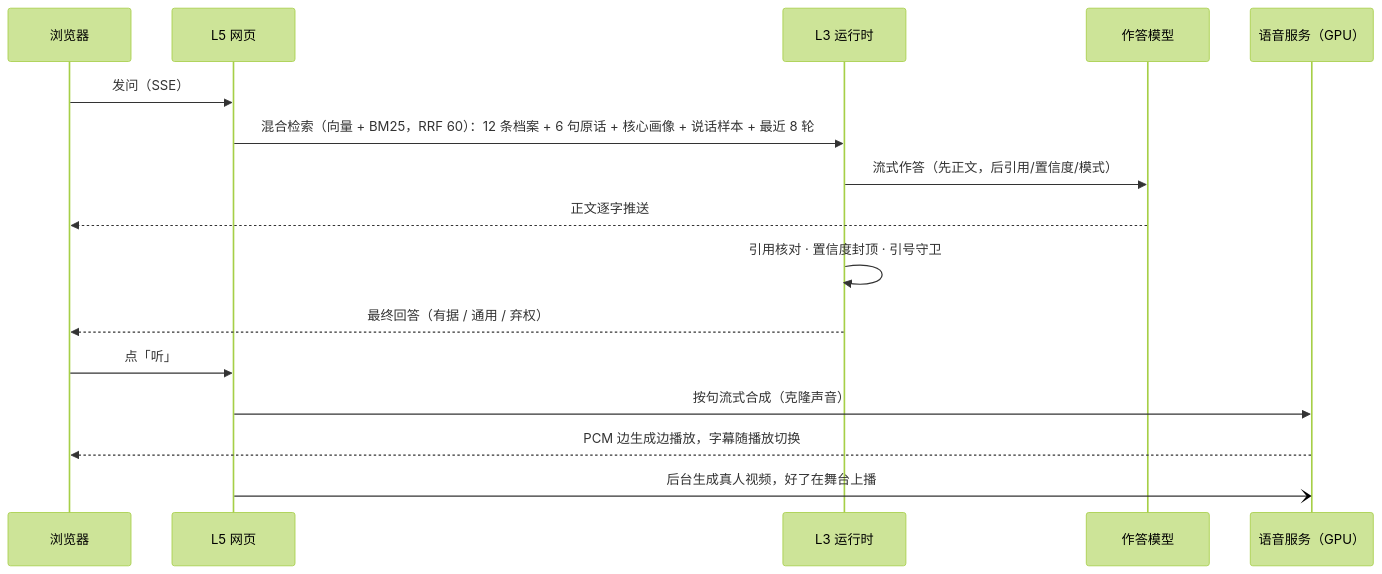
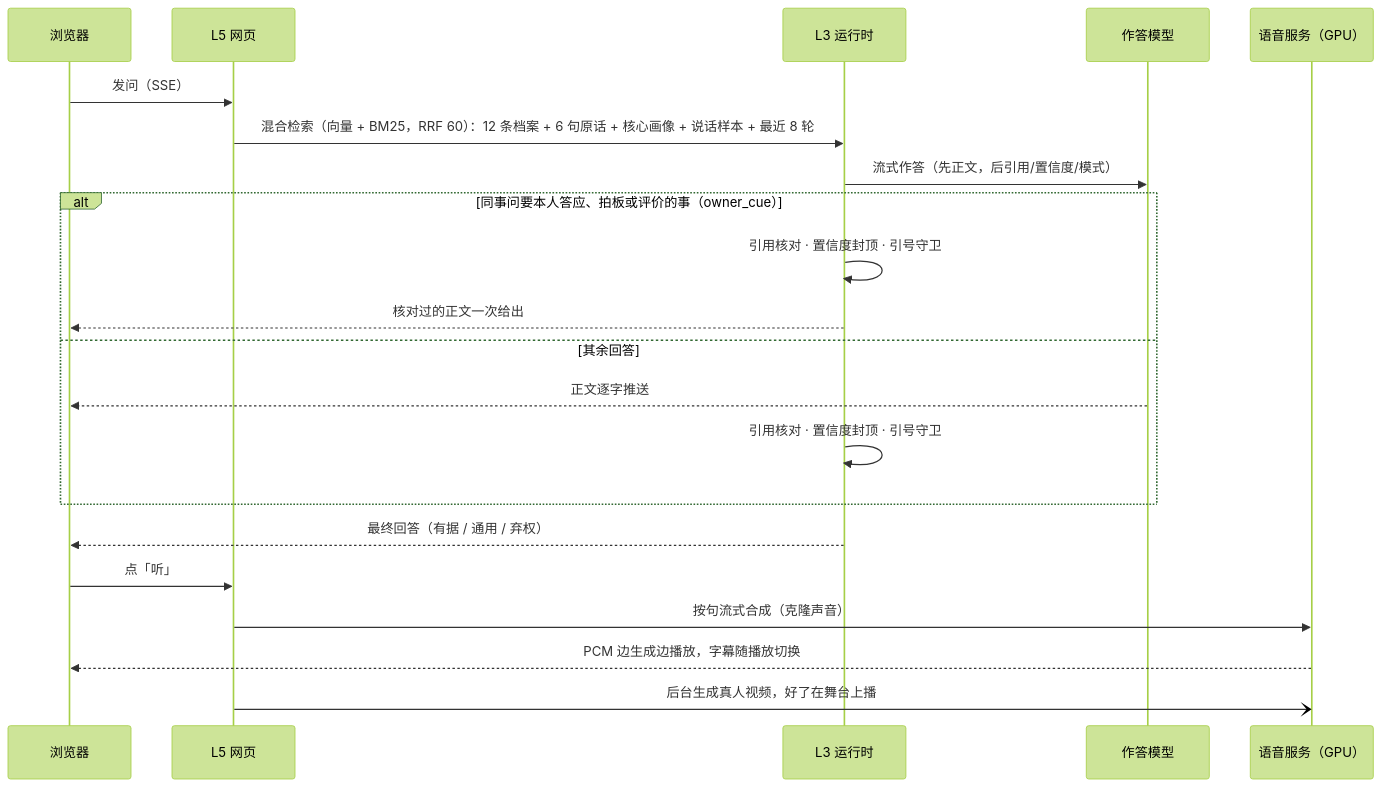
One commit to seasonsolt/twin changed the fourth of 6 diagrams in docs/ARCHITECTURE.md. Above: the diagram before and after it, drawn with Mermaid (forest theme). The commit also changed 4 other files, not shown here.

First line of the commit message:
The chat, commitments and architecture docs match how replies stream, which replies carry a badge, and how a ledger entry waiting for the person's go-ahead can be settled

````diff
--- a/docs/ARCHITECTURE.md
+++ b/docs/ARCHITECTURE.md
@@ -69,18 +69,23 @@
 ```mermaid
 sequenceDiagram
   participant U as 浏览器
   participant W as L5 网页
   participant R as L3 运行时
   participant M as 作答模型
   participant T as 语音服务（GPU）
   U->>W: 发问（SSE）
   W->>R: 混合检索（向量 + BM25，RRF 60）：12 条档案 + 6 句原话 + 核心画像 + 说话样本 + 最近 8 轮
   R->>M: 流式作答（先正文，后引用/置信度/模式）
-  M-->>U: 正文逐字推送
-  R->>R: 引用核对 · 置信度封顶 · 引号守卫
+  alt 同事问要本人答应、拍板或评价的事（owner_cue）
+    R->>R: 引用核对 · 置信度封顶 · 引号守卫
+    R-->>U: 核对过的正文一次给出
+  else 其余回答
+    M-->>U: 正文逐字推送
+    R->>R: 引用核对 · 置信度封顶 · 引号守卫
+  end
   R-->>U: 最终回答（有据 / 通用 / 弃权）
   U->>W: 点「听」
   W->>T: 按句流式合成（克隆声音）
   T-->>U: PCM 边生成边播放，字幕随播放切换
   W-)T: 后台生成真人视频，好了在舞台上播
 ```
````
